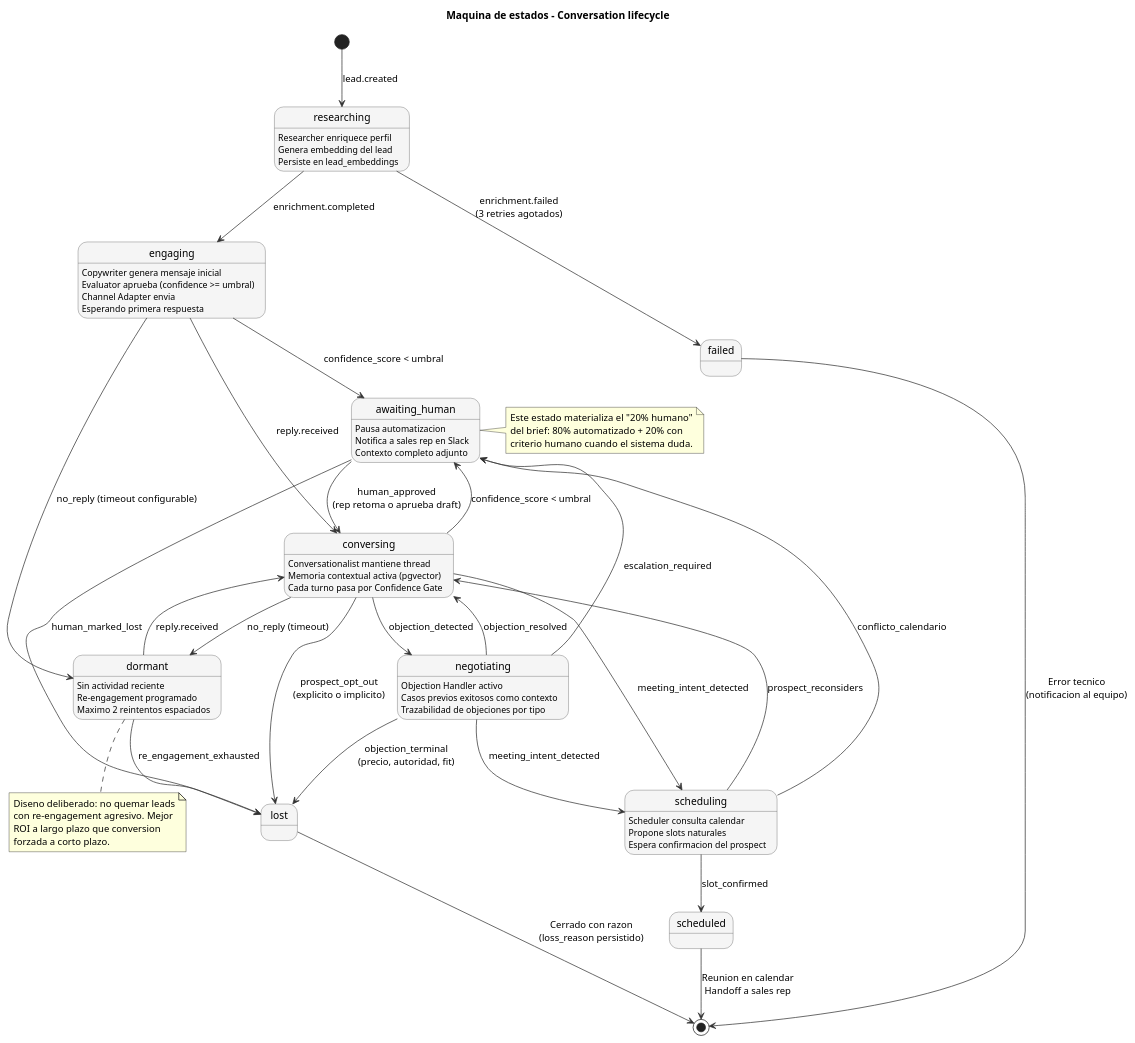
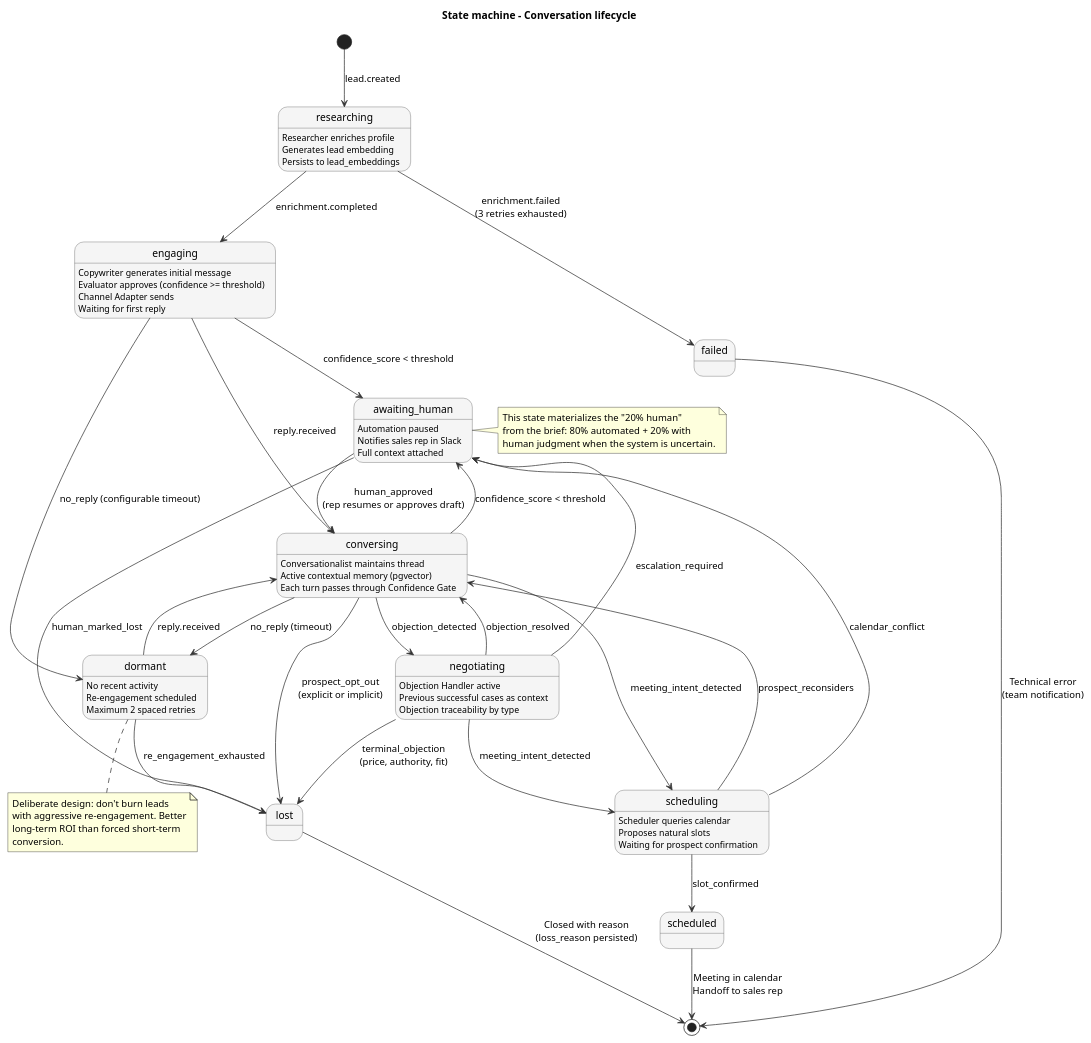
The fifth of 5 diagrams in docs/arquitectura-zolvo.md (esyepesv/zolvo-prototype), drawn with PlantUML before and after one commit. The commit also changed other lines of this file and 10 other files, not shown here.

First line of the commit message:
docs: translate all documentation to English; add Docker support and graphical dashboard

````diff
--- a/docs/arquitectura-zolvo.md
+++ b/docs/arquitectura-zolvo.md
@@ -556,6 +556,6 @@
 ```plantuml
 @startuml State_Conversation_Zolvo
-title Maquina de estados - Conversation lifecycle
+title State machine - Conversation lifecycle
 
 skinparam state {
   BackgroundColor #F5F5F5
@@ -566,91 +566,91 @@
 [*] --> researching : lead.created
 
 state researching {
-  researching : Researcher enriquece perfil
-  researching : Genera embedding del lead
-  researching : Persiste en lead_embeddings
+  researching : Researcher enriches profile
+  researching : Generates lead embedding
+  researching : Persists to lead_embeddings
 }
 
 researching --> engaging : enrichment.completed
-researching --> failed : enrichment.failed\n(3 retries agotados)
+researching --> failed : enrichment.failed\n(3 retries exhausted)
 
 state engaging {
-  engaging : Copywriter genera mensaje inicial
-  engaging : Evaluator aprueba (confidence >= umbral)
-  engaging : Channel Adapter envia
-  engaging : Esperando primera respuesta
+  engaging : Copywriter generates initial message
+  engaging : Evaluator approves (confidence >= threshold)
+  engaging : Channel Adapter sends
+  engaging : Waiting for first reply
 }
 
 engaging --> conversing : reply.received
-engaging --> awaiting_human : confidence_score < umbral
-engaging --> dormant : no_reply (timeout configurable)
+engaging --> awaiting_human : confidence_score < threshold
+engaging --> dormant : no_reply (configurable timeout)
 
 state conversing {
-  conversing : Conversationalist mantiene thread
-  conversing : Memoria contextual activa (pgvector)
-  conversing : Cada turno pasa por Confidence Gate
+  conversing : Conversationalist maintains thread
+  conversing : Active contextual memory (pgvector)
+  conversing : Each turn passes through Confidence Gate
 }
 
 conversing --> negotiating : objection_detected
 conversing --> scheduling : meeting_intent_detected
-conversing --> awaiting_human : confidence_score < umbral
+conversing --> awaiting_human : confidence_score < threshold
 conversing --> dormant : no_reply (timeout)
-conversing --> lost : prospect_opt_out\n(explicito o implicito)
+conversing --> lost : prospect_opt_out\n(explicit or implicit)
 
 state negotiating {
-  negotiating : Objection Handler activo
-  negotiating : Casos previos exitosos como contexto
-  negotiating : Trazabilidad de objeciones por tipo
+  negotiating : Objection Handler active
+  negotiating : Previous successful cases as context
+  negotiating : Objection traceability by type
 }
 
 negotiating --> conversing : objection_resolved
 negotiating --> scheduling : meeting_intent_detected
-negotiating --> lost : objection_terminal\n(precio, autoridad, fit)
+negotiating --> lost : terminal_objection\n(price, authority, fit)
 negotiating --> awaiting_human : escalation_required
 
 state scheduling {
-  scheduling : Scheduler consulta calendar
-  scheduling : Propone slots naturales
-  scheduling : Espera confirmacion del prospect
+  scheduling : Scheduler queries calendar
+  scheduling : Proposes natural slots
+  scheduling : Waiting for prospect confirmation
 }
 
 scheduling --> scheduled : slot_confirmed
 scheduling --> conversing : prospect_reconsiders
-scheduling --> awaiting_human : conflicto_calendario
+scheduling --> awaiting_human : calendar_conflict
 
 state awaiting_human {
-  awaiting_human : Pausa automatizacion
-  awaiting_human : Notifica a sales rep en Slack
-  awaiting_human : Contexto completo adjunto
+  awaiting_human : Automation paused
+  awaiting_human : Notifies sales rep in Slack
+  awaiting_human : Full context attached
 }
 
-awaiting_human --> conversing : human_approved\n(rep retoma o aprueba draft)
+awaiting_human --> conversing : human_approved\n(rep resumes or approves draft)
 awaiting_human --> lost : human_marked_lost
 
 state dormant {
-  dormant : Sin actividad reciente
-  dormant : Re-engagement programado
-  dormant : Maximo 2 reintentos espaciados
+  dormant : No recent activity
+  dormant : Re-engagement scheduled
+  dormant : Maximum 2 spaced retries
 }
 
 dormant --> conversing : reply.received
 dormant --> lost : re_engagement_exhausted
 
-scheduled --> [*] : Reunion en calendar\nHandoff a sales rep
-lost --> [*] : Cerrado con razon\n(loss_reason persistido)
-failed --> [*] : Error tecnico\n(notificacion al equipo)
+scheduled --> [*] : Meeting in calendar\nHandoff to sales rep
+lost --> [*] : Closed with reason\n(loss_reason persisted)
+failed --> [*] : Technical error\n(team notification)
 
 note right of awaiting_human
-  Este estado materializa el "20% humano"
-  del brief: 80% automatizado + 20% con
-  criterio humano cuando el sistema duda.
+  This state materializes the "20% human"
+  from the brief: 80% automated + 20% with
+  human judgment when the system is uncertain.
 end note
 
 note bottom of dormant
-  Diseno deliberado: no quemar leads
-  con re-engagement agresivo. Mejor
-  ROI a largo plazo que conversion
-  forzada a corto plazo.
+  Deliberate design: don't burn leads
+  with aggressive re-engagement. Better
+  long-term ROI than forced short-term
+  conversion.
 end note
 
 @enduml
````
